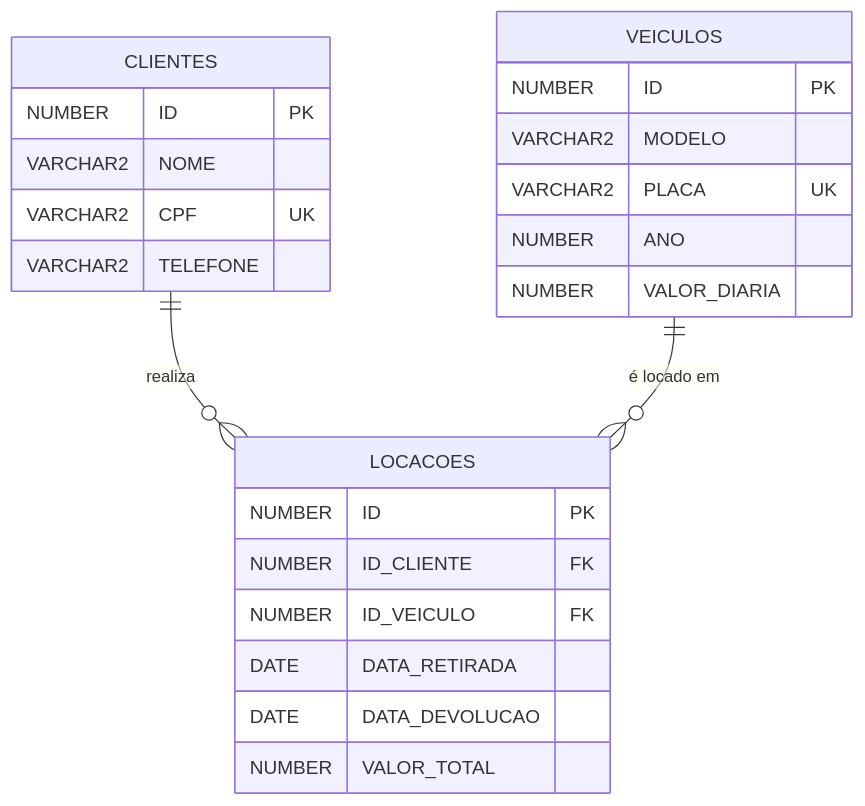
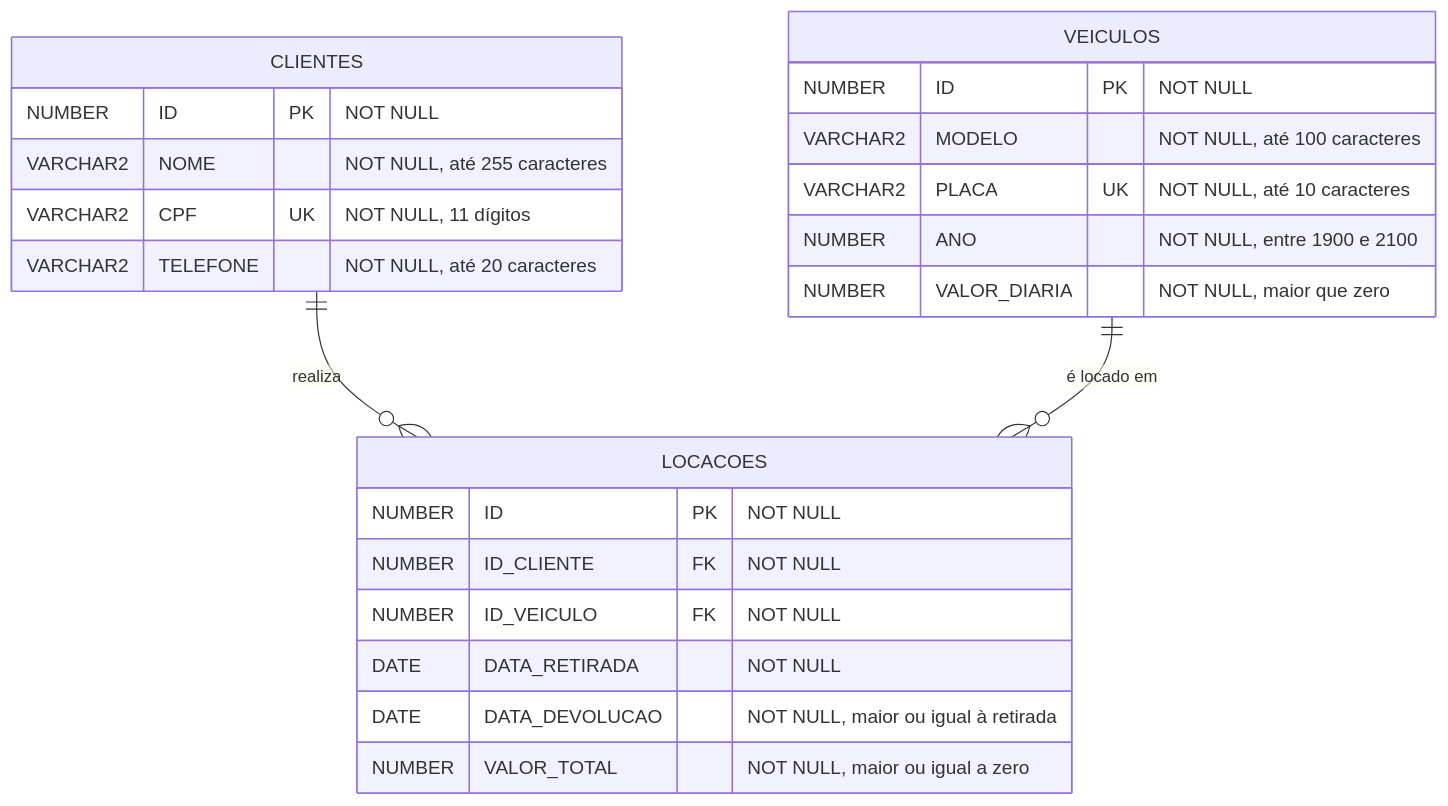
The diagram in docs/diagrama.mmd (hanryramos/sistema-locacao-veiculos), drawn with Mermaid before and after one commit. The commit also changed 4 other files, not shown here.

```diff
--- a/docs/diagrama.mmd
+++ b/docs/diagrama.mmd
@@ -1,28 +1,30 @@
 %% Diagrama relacional - Sistema de Locação de Veículos
+%% PK = chave primária, FK = chave estrangeira, UK = chave única
+%% NOT NULL = atributo obrigatório
 erDiagram
     CLIENTES ||--o{ LOCACOES : "realiza"
     VEICULOS ||--o{ LOCACOES : "é locado em"
 
     CLIENTES {
-        NUMBER ID PK
-        VARCHAR2 NOME
-        VARCHAR2 CPF UK
-        VARCHAR2 TELEFONE
+        NUMBER ID PK "NOT NULL"
+        VARCHAR2 NOME "NOT NULL, até 255 caracteres"
+        VARCHAR2 CPF UK "NOT NULL, 11 dígitos"
+        VARCHAR2 TELEFONE "NOT NULL, até 20 caracteres"
     }
 
     VEICULOS {
-        NUMBER ID PK
-        VARCHAR2 MODELO
-        VARCHAR2 PLACA UK
-        NUMBER ANO
-        NUMBER VALOR_DIARIA
+        NUMBER ID PK "NOT NULL"
+        VARCHAR2 MODELO "NOT NULL, até 100 caracteres"
+        VARCHAR2 PLACA UK "NOT NULL, até 10 caracteres"
+        NUMBER ANO "NOT NULL, entre 1900 e 2100"
+        NUMBER VALOR_DIARIA "NOT NULL, maior que zero"
     }
 
     LOCACOES {
-        NUMBER ID PK
-        NUMBER ID_CLIENTE FK
-        NUMBER ID_VEICULO FK
-        DATE DATA_RETIRADA
-        DATE DATA_DEVOLUCAO
-        NUMBER VALOR_TOTAL
+        NUMBER ID PK "NOT NULL"
+        NUMBER ID_CLIENTE FK "NOT NULL"
+        NUMBER ID_VEICULO FK "NOT NULL"
+        DATE DATA_RETIRADA "NOT NULL"
+        DATE DATA_DEVOLUCAO "NOT NULL, maior ou igual à retirada"
+        NUMBER VALOR_TOTAL "NOT NULL, maior ou igual a zero"
     }
```
